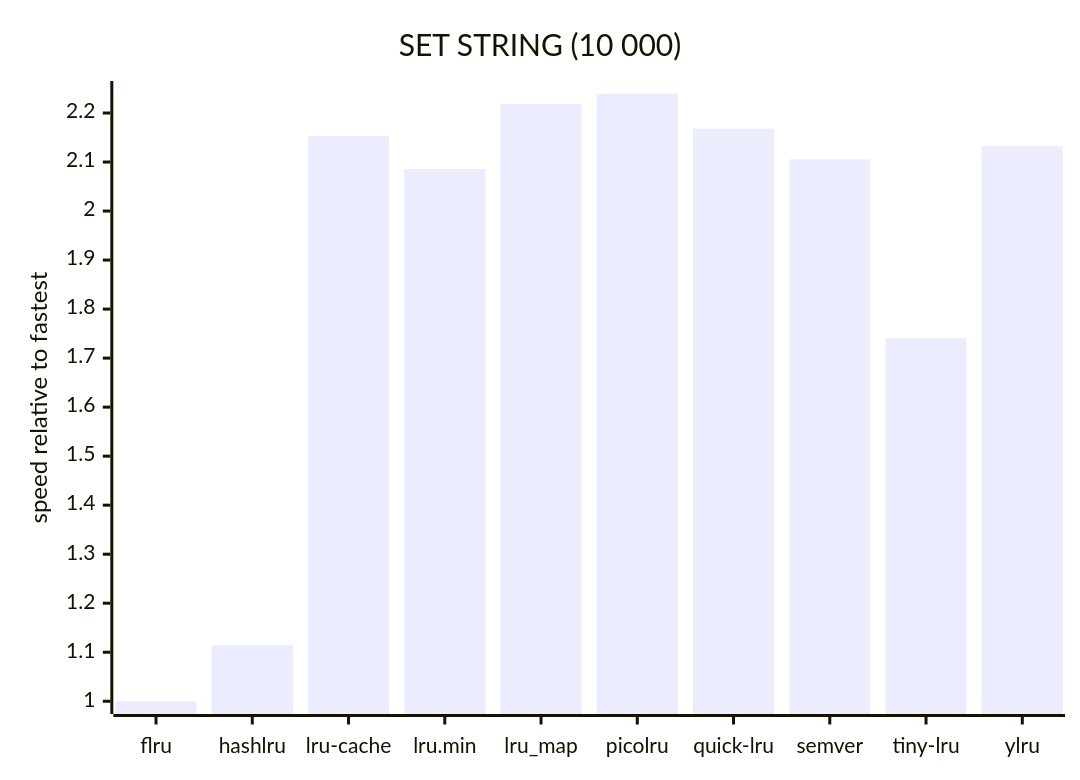
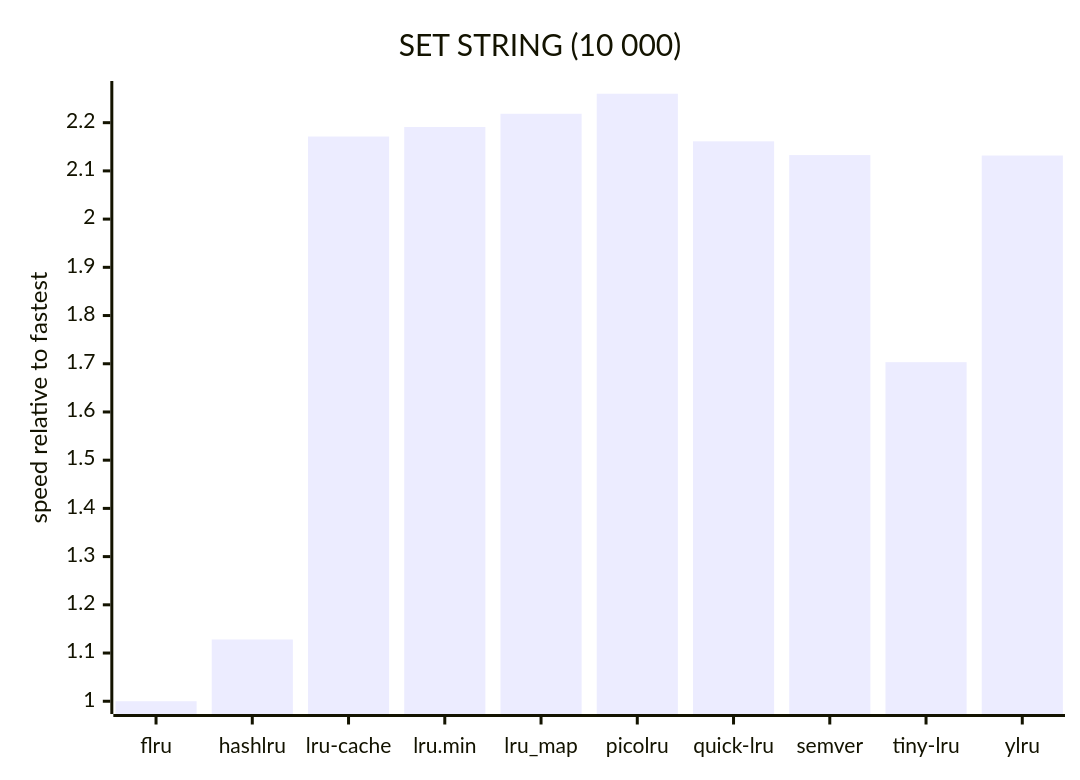
The seventh of 11 diagrams in README.md (beeequeue/bench-lru), drawn with Mermaid before and after one commit. The commit also changed other lines of this file, not shown here.

````diff
--- a/README.md
+++ b/README.md
@@ -97,7 +97,7 @@
 ```mermaid
 xychart-beta
   title "SET STRING (10 000)"
   x-axis ["flru", "hashlru", "lru-cache", "lru.min", "lru_map", "picolru", "quick-lru", "semver", "tiny-lru", "ylru"]
-  y-axis "speed relative to fastest" 1 --> 2.2393
-  bar [1, 1.1145, 2.1532, 2.0857, 2.2186, 2.2393, 2.1684, 2.1055, 1.7406, 2.1328]
+  y-axis "speed relative to fastest" 1 --> 2.26
+  bar [1, 1.1281, 2.1713, 2.191, 2.2185, 2.26, 2.1613, 2.1328, 1.7033, 2.1319]
 ```
````
